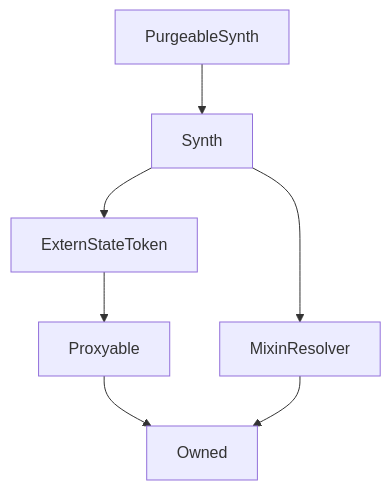
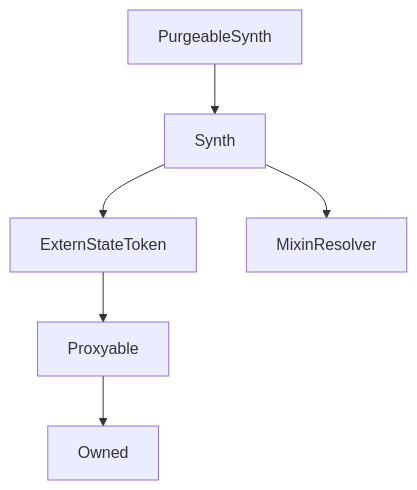
One commit to Synthetixio/synthetix-docs changed the diagram in content/contracts/source/contracts/PurgeableSynth.md. Above: the diagram before and after it, drawn with Mermaid. The commit also changed other lines of this file and 117 other files, not shown here.

````diff
--- a/content/contracts/source/contracts/PurgeableSynth.md
+++ b/content/contracts/source/contracts/PurgeableSynth.md
@@ -19,10 +19,9 @@
 ```mermaid
 graph TD
     PurgeableSynth[PurgeableSynth] --> Synth[Synth]
     Synth[Synth] --> ExternStateToken[ExternStateToken]
     Synth[Synth] --> MixinResolver[MixinResolver]
     ExternStateToken[ExternStateToken] --> Proxyable[Proxyable]
     Proxyable[Proxyable] --> Owned[Owned]
-    MixinResolver[MixinResolver] --> Owned[Owned]
 
 ```
````
